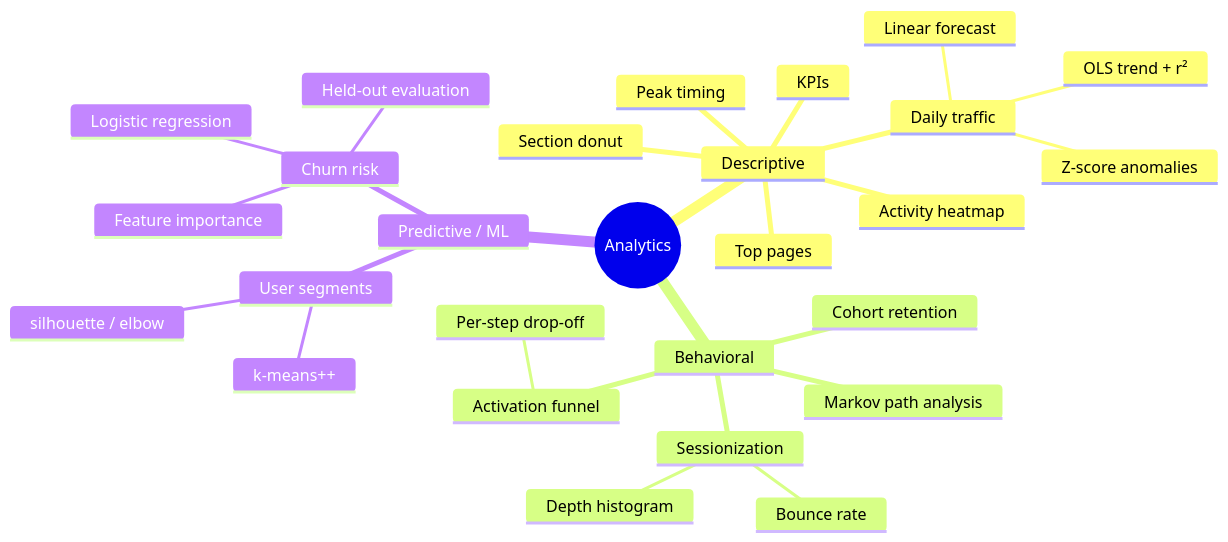
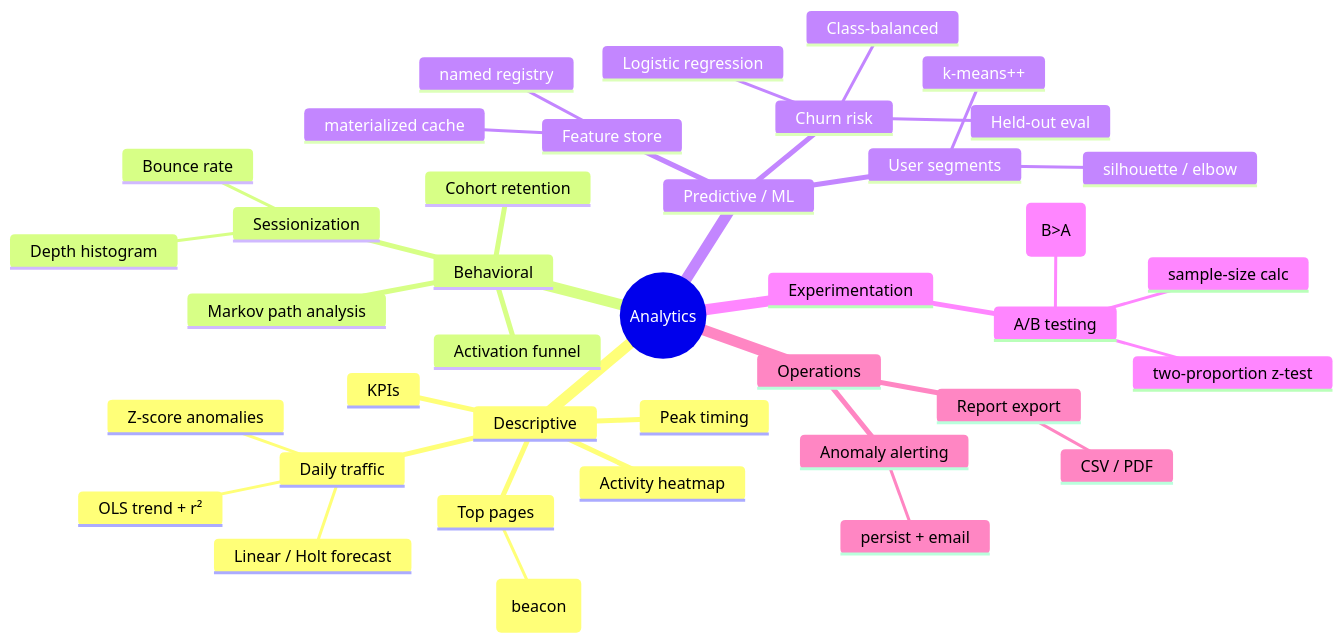
One commit to danieltalbert/emvera changed the seventh of 7 diagrams in docs/analytics-architecture.md. Above: the diagram before and after it, drawn with Mermaid. The commit also changed other lines of this file, not shown here.

First line of the commit message:
Update analytics UML docs for feature store, beacons, A/B, alerts, reporting

````diff
--- a/docs/analytics-architecture.md
+++ b/docs/analytics-architecture.md
@@ -257,30 +293,42 @@
 ```mermaid
 mindmap
   root((Analytics))
     Descriptive
       KPIs
       Daily traffic
         OLS trend + r²
-        Linear forecast
+        Linear / Holt forecast
         Z-score anomalies
       Top pages
-      Section donut
+        Time-on-page (beacon)
       Activity heatmap
       Peak timing
     Behavioral
       Sessionization
         Bounce rate
         Depth histogram
       Activation funnel
-        Per-step drop-off
       Cohort retention
       Markov path analysis
     Predictive / ML
+      Feature store
+        named registry
+        materialized cache
       User segments
-        k-means++ 
+        k-means++
         silhouette / elbow
       Churn risk
         Logistic regression
-        Held-out evaluation
-        Feature importance
+        Class-balanced
+        Held-out eval
+    Experimentation
+      A/B testing
+        two-proportion z-test
+        Bayesian P(B>A)
+        sample-size calc
+    Operations
+      Anomaly alerting
+        persist + email
+      Report export
+        CSV / PDF
 ```
````
